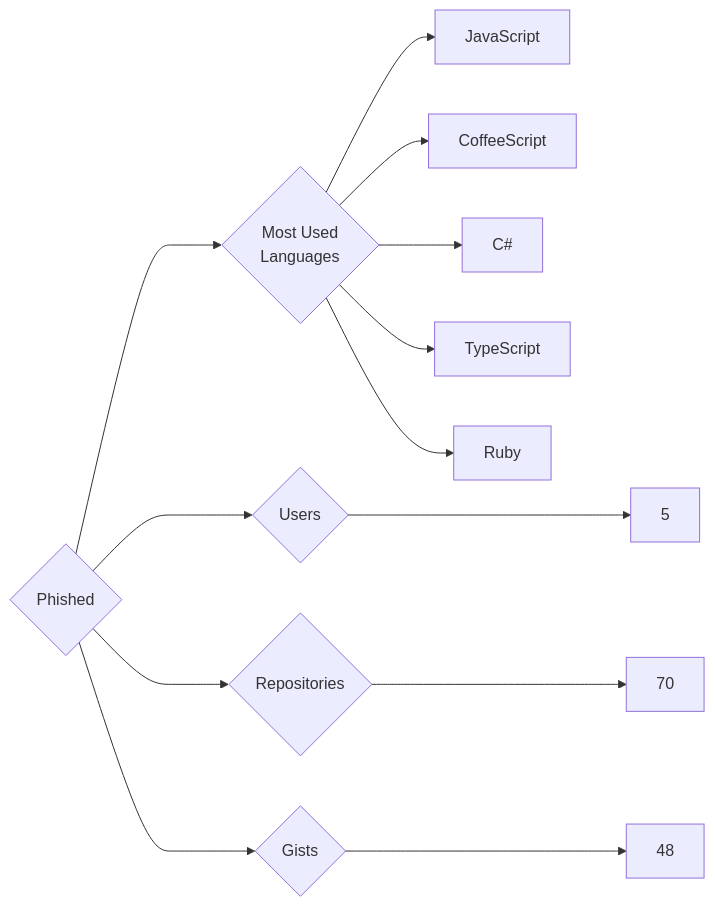
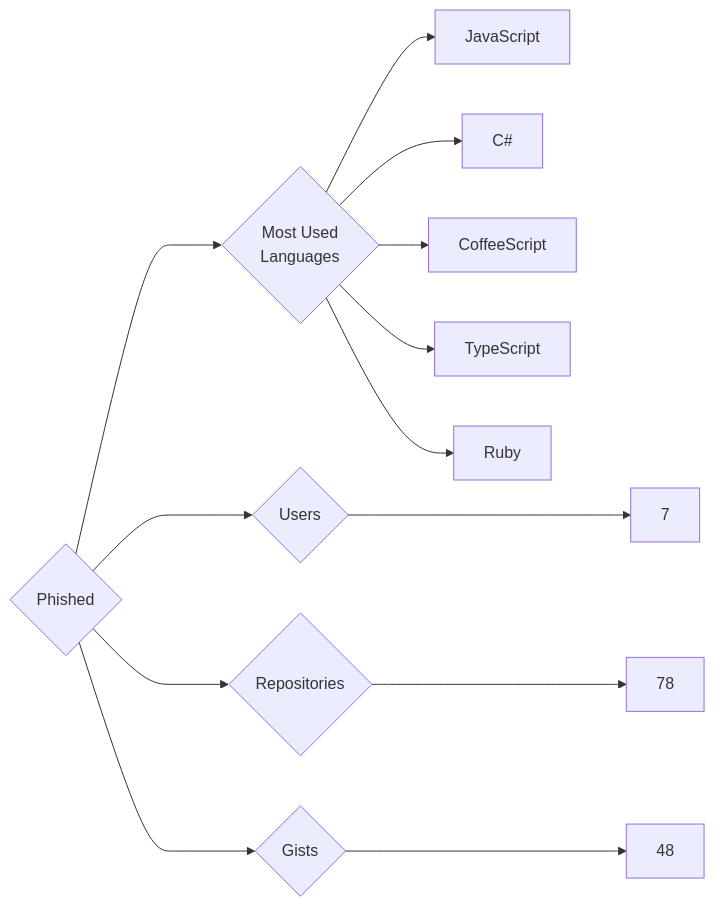
Before and after one commit to trickest/insiders: the diagram in targets/Phished/README.md, drawn with Mermaid. The commit also changed 814 other files, not shown here.

````diff
--- a/targets/Phished/README.md
+++ b/targets/Phished/README.md
@@ -3,13 +3,13 @@
 ```mermaid
 graph LR
 COMPANY_NAME{Phished}
-COMPANY_NAME ---> U{Users} ---> UN[5]
-COMPANY_NAME ---> R{Repositories} ---> RN[70]
+COMPANY_NAME ---> U{Users} ---> UN[7]
+COMPANY_NAME ---> R{Repositories} ---> RN[78]
 COMPANY_NAME ---> G{Gists} ---> GN[48]
 COMPANY_NAME ---> ML{Most Used<br>Languages}
 ML --> JavaScript[JavaScript]
+ML --> C#[C#]
 ML --> CoffeeScript[CoffeeScript]
-ML --> C#[C#]
 ML --> TypeScript[TypeScript]
 ML --> Ruby[Ruby]
 ```
````
